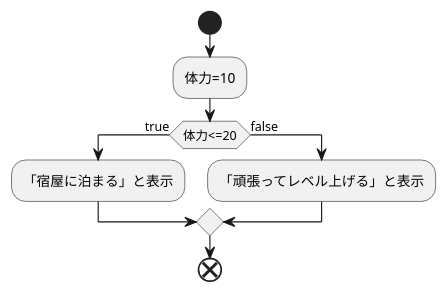
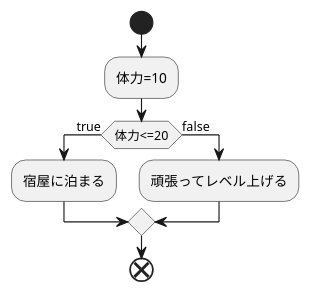
The diagram in test2.md (Aso2001368/2021sys-design), drawn with PlantUML before and after one commit.

````diff
--- a/test2.md
+++ b/test2.md
@@ -1,14 +1,14 @@
 ```uml
 @startuml
 start
 :体力=10;
 
 if(体力<=20)then(true)
-:「宿屋に泊まる」と表示;
+:宿屋に泊まる;
 else(false)
-:「頑張ってレベル上げる」と表示;
+:頑張ってレベル上げる;
 endif
 
 end
 @endumli
 ```
````
